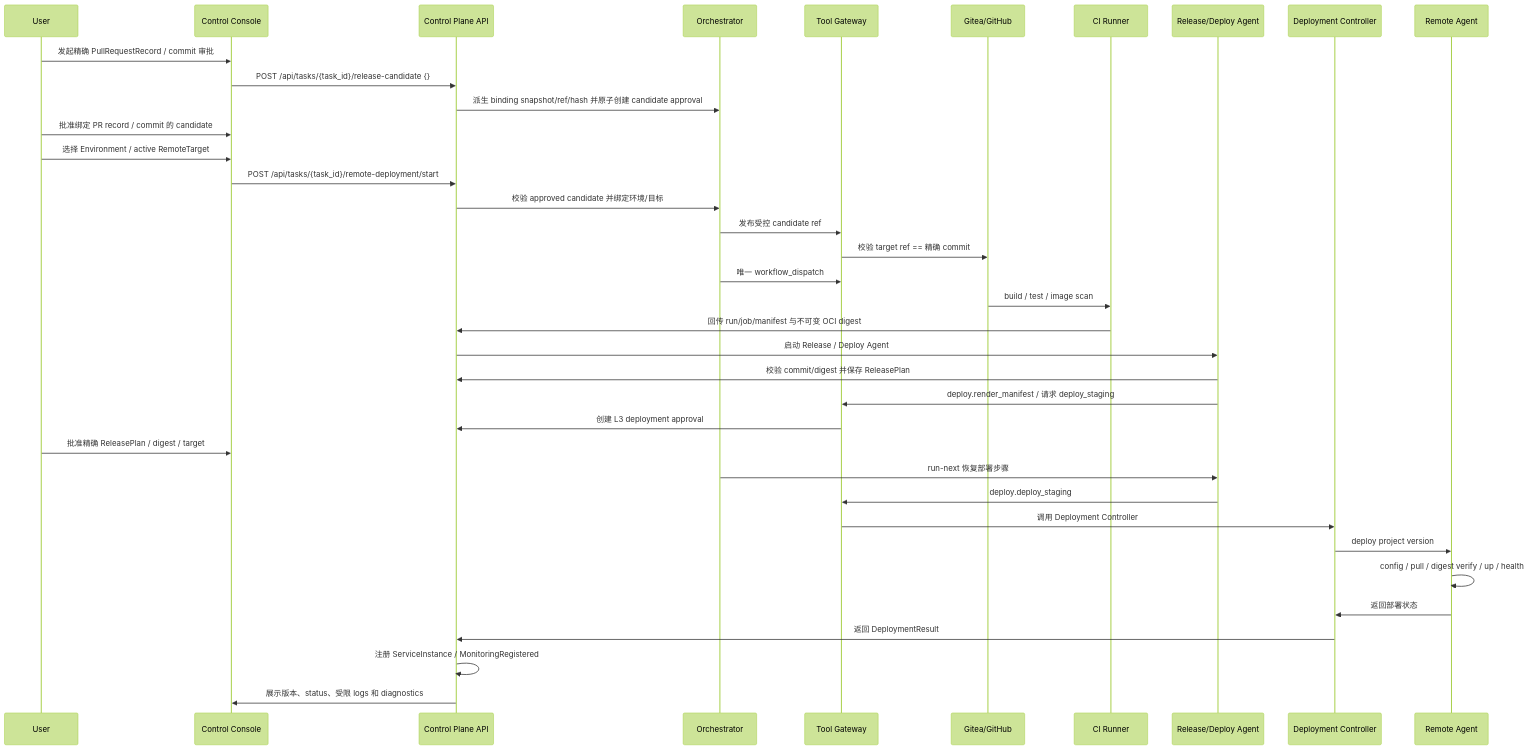
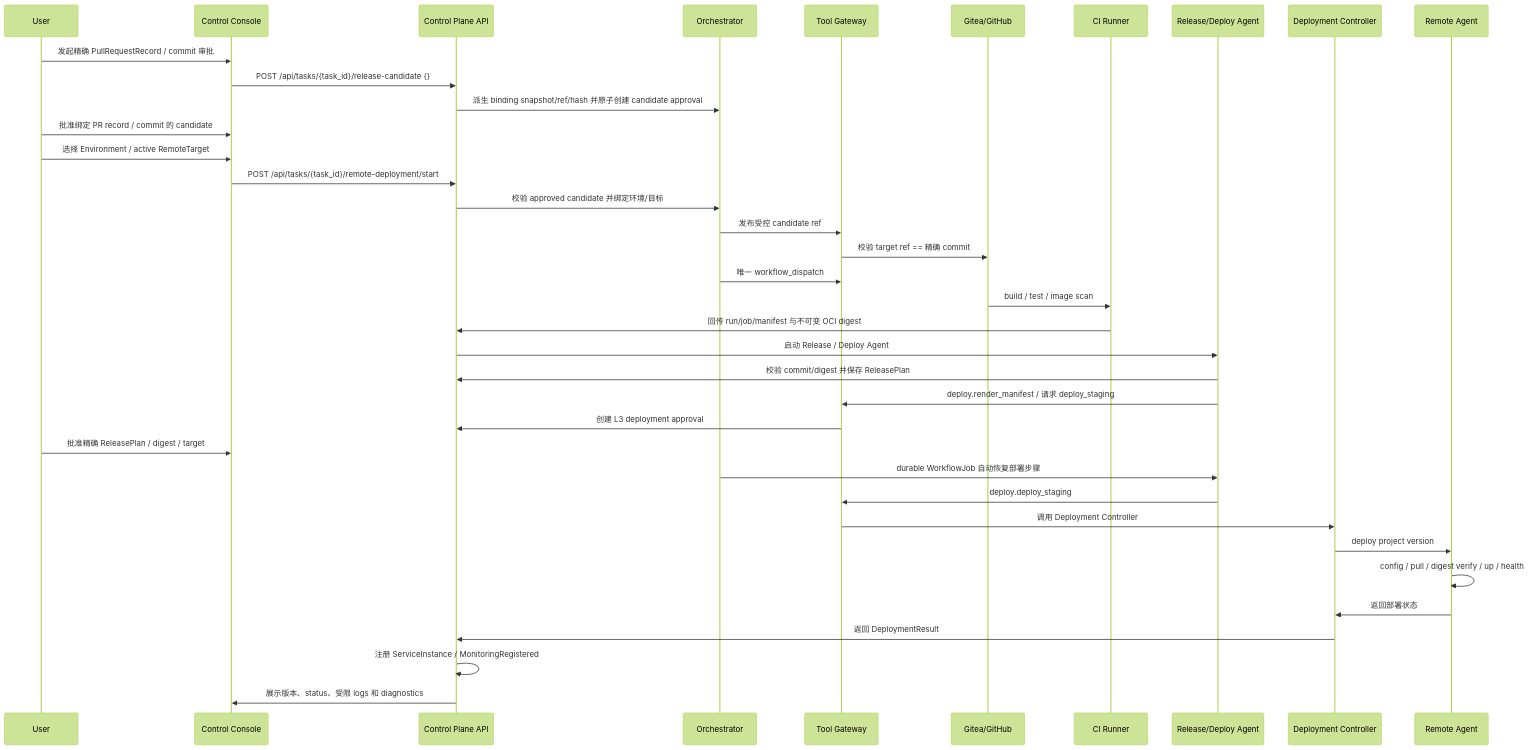
Before and after one commit to ChaceQC/CloudHelm: the diagram in docs/06-workflows/01-pr-to-remote-deploy.md, drawn with Mermaid (forest theme). The commit also changed other lines of this file and 74 other files, not shown here.

````diff
--- a/docs/06-workflows/01-pr-to-remote-deploy.md
+++ b/docs/06-workflows/01-pr-to-remote-deploy.md
@@ -22,40 +22,40 @@
 ```mermaid
 sequenceDiagram
     participant U as User
     participant C as Control Console
     participant API as Control Plane API
     participant O as Orchestrator
     participant T as Tool Gateway
     participant G as Gitea/GitHub
     participant CI as CI Runner
     participant RA as Release/Deploy Agent
     participant D as Deployment Controller
     participant R as Remote Agent
 
     U->>C: 发起精确 PullRequestRecord / commit 审批
     C->>API: POST /api/tasks/{task_id}/release-candidate {}
     API->>O: 派生 binding snapshot/ref/hash 并原子创建 candidate approval
     U->>C: 批准绑定 PR record / commit 的 candidate
     U->>C: 选择 Environment / active RemoteTarget
     C->>API: POST /api/tasks/{task_id}/remote-deployment/start
     API->>O: 校验 approved candidate 并绑定环境/目标
     O->>T: 发布受控 candidate ref
     T->>G: 校验 target ref == 精确 commit
     O->>T: 唯一 workflow_dispatch
     G->>CI: build / test / image scan
     CI->>API: 回传 run/job/manifest 与不可变 OCI digest
     API->>RA: 启动 Release / Deploy Agent
     RA->>API: 校验 commit/digest 并保存 ReleasePlan
     RA->>T: deploy.render_manifest / 请求 deploy_staging
     T->>API: 创建 L3 deployment approval
     U->>C: 批准精确 ReleasePlan / digest / target
-    O->>RA: run-next 恢复部署步骤
+    O->>RA: durable WorkflowJob 自动恢复部署步骤
     RA->>T: deploy.deploy_staging
     T->>D: 调用 Deployment Controller
     D->>R: deploy project version
     R->>R: config / pull / digest verify / up / health
     R->>D: 返回部署状态
     D->>API: 返回 DeploymentResult
     API->>API: 注册 ServiceInstance / MonitoringRegistered
     API->>C: 展示版本、status、受限 logs 和 diagnostics
 ```
````
